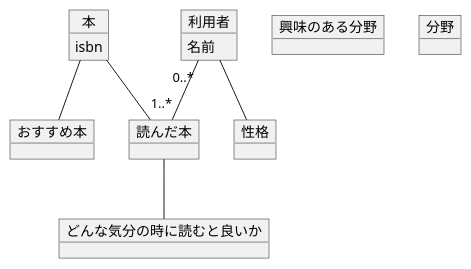
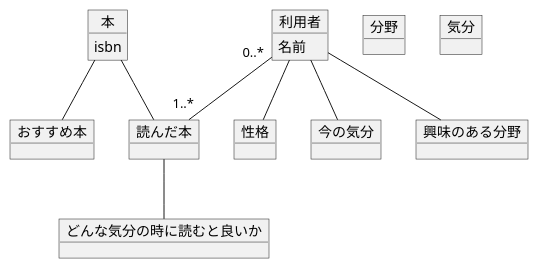
One commit to FScoward/ayane-no-kokoro changed the diagram in doc/model.puml. Above: the diagram before and after it, drawn with PlantUML.

Commit message:
modify model

```diff
--- a/doc/model.puml
+++ b/doc/model.puml
@@ -1,28 +1,33 @@
 
 object 本 {
 	isbn
 }
 
 object 利用者 {
 	名前
 }
 
 object 性格
+
+object 今の気分
 
 object 興味のある分野
 
 object どんな気分の時に読むと良いか {
 }
 
 object 読んだ本 {
 }
 
 object おすすめ本
 
 object 分野
+object 気分
 
 利用者 "0..*"--"1..*" 読んだ本
 利用者 -- 性格
+利用者 -- 今の気分
+利用者 -- 興味のある分野
 読んだ本 -- どんな気分の時に読むと良いか
 本 -- 読んだ本
 本 -- おすすめ本
```
